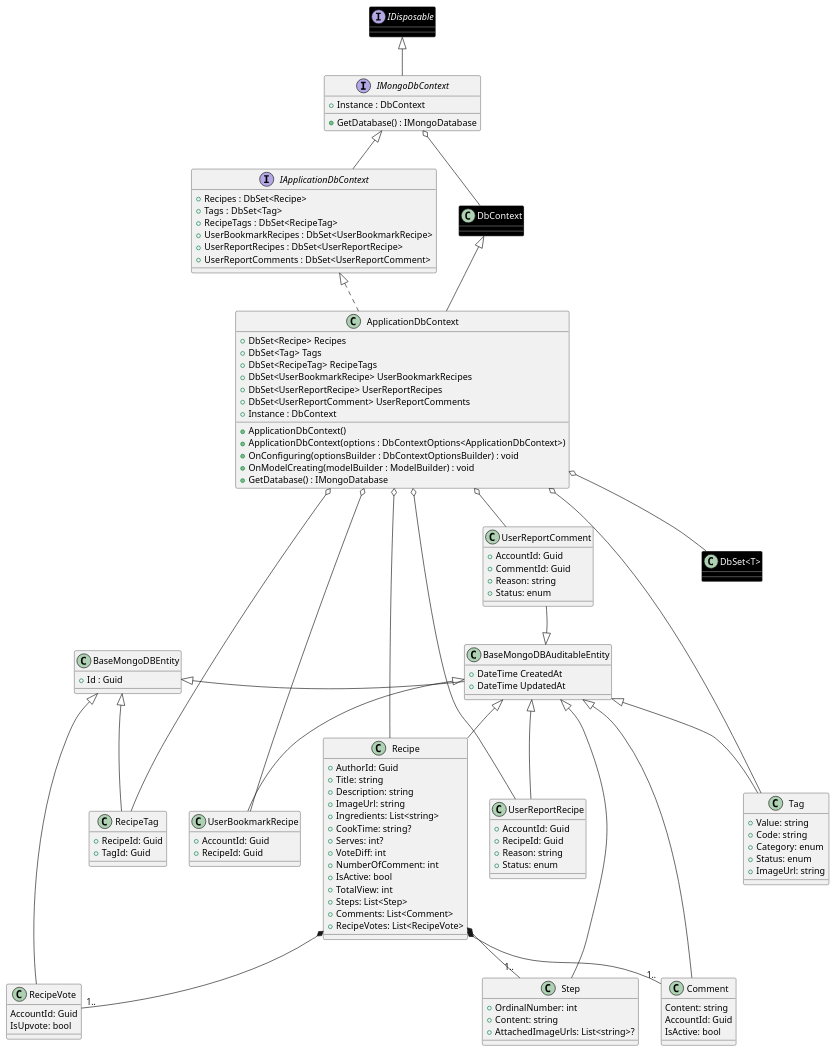
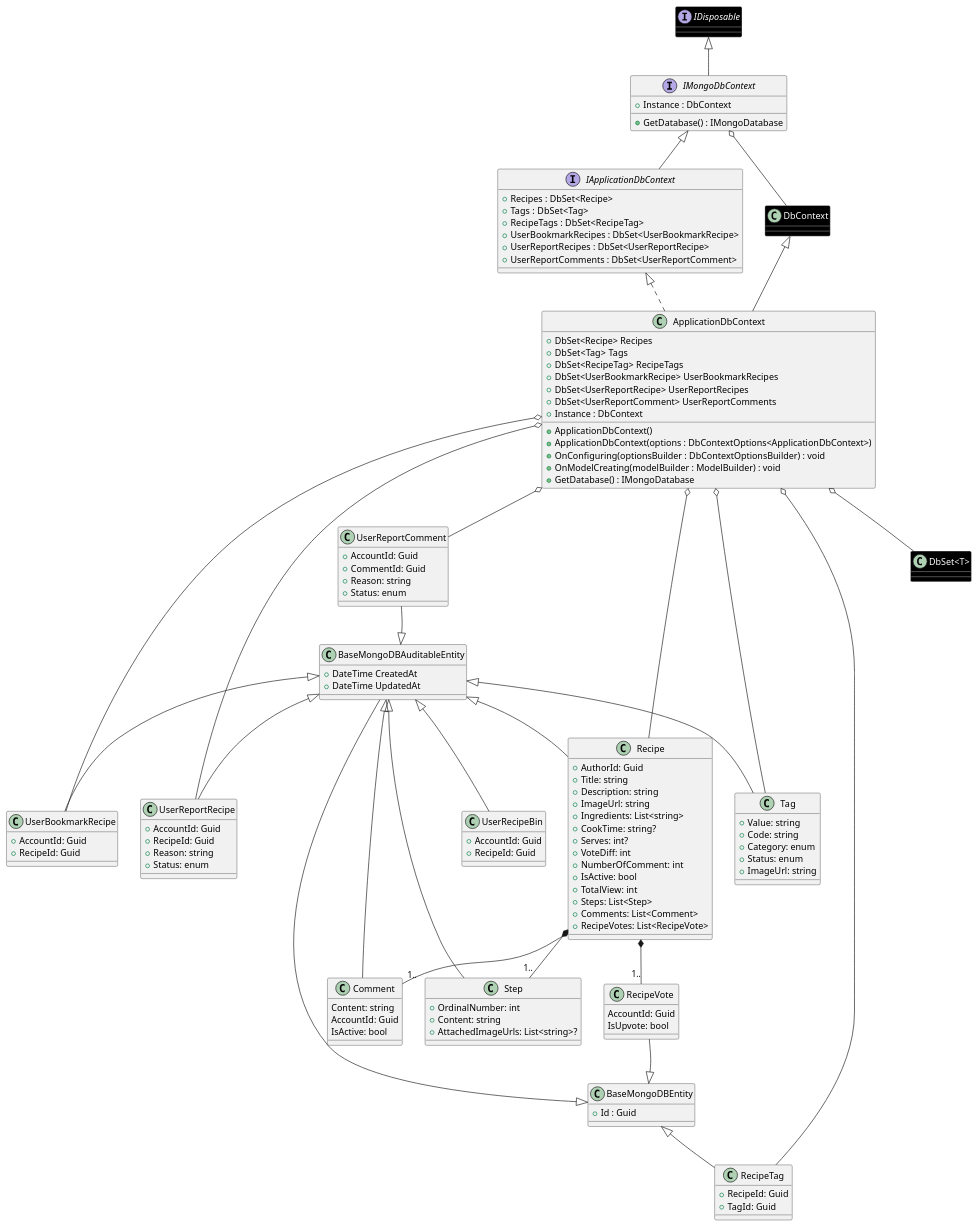
One commit to Carl-Johnsons/tastopia changed the diagram in doc/SDS/CommonClassDiagram/Recipe/RecipeDbContext.plantuml. Above: the diagram before and after it, drawn with PlantUML. The commit also changed 11 other files, not shown here.

Commit message:
doc: add some recipe class diagram

```diff
--- a/doc/SDS/CommonClassDiagram/Recipe/RecipeDbContext.plantuml
+++ b/doc/SDS/CommonClassDiagram/Recipe/RecipeDbContext.plantuml
@@ -1,151 +1,156 @@
 @startuml AccountDbContext
 
 interface IMongoDbContext extends IDisposable {
     +Instance : DbContext
     +GetDatabase() : IMongoDatabase
 }
 ' ========= Entity class =========
 class BaseMongoDBEntity {
     +Id : Guid
 }
 
 class BaseMongoDBAuditableEntity extends BaseMongoDBEntity {
     +DateTime CreatedAt
     +DateTime UpdatedAt
 }
 
 class Recipe extends BaseMongoDBAuditableEntity {
     +AuthorId: Guid
     +Title: string
     +Description: string
     +ImageUrl: string
     +Ingredients: List<string>
     +CookTime: string?
     +Serves: int?
     +VoteDiff: int
     +NumberOfComment: int
     +IsActive: bool
     +TotalView: int
     +Steps: List<Step>
     +Comments: List<Comment>
     +RecipeVotes: List<RecipeVote>
 }
 
 class Step extends BaseMongoDBAuditableEntity {
     +OrdinalNumber: int
     +Content: string
     +AttachedImageUrls: List<string>?
 }
 
 class Comment extends BaseMongoDBAuditableEntity {
     Content: string
     AccountId: Guid
     IsActive: bool
 }
 
 class RecipeVote extends BaseMongoDBEntity {
     AccountId: Guid
     IsUpvote: bool
 }
 
 class Tag extends BaseMongoDBAuditableEntity {
     +Value: string
     +Code: string
     +Category: enum
     +Status: enum
     +ImageUrl: string
 }
 
 class RecipeTag extends BaseMongoDBEntity {
     +RecipeId: Guid
     +TagId: Guid
 }
 
 class UserBookmarkRecipe extends BaseMongoDBAuditableEntity {
     +AccountId: Guid
     +RecipeId: Guid
 }
 
 class UserReportRecipe extends BaseMongoDBAuditableEntity {
     +AccountId: Guid
     +RecipeId: Guid
     +Reason: string
     +Status: enum
 }
 
 class UserReportComment extends BaseMongoDBAuditableEntity {
     +AccountId: Guid
     +CommentId: Guid
     +Reason: string
     +Status: enum
 }
+
+class UserRecipeBin extends BaseMongoDBAuditableEntity {
+    +AccountId: Guid
+    +RecipeId: Guid
+}
 interface IApplicationDbContext extends IMongoDbContext {
     + Recipes : DbSet<Recipe>
     + Tags : DbSet<Tag>
     + RecipeTags : DbSet<RecipeTag>
     + UserBookmarkRecipes : DbSet<UserBookmarkRecipe>
     + UserReportRecipes : DbSet<UserReportRecipe>
     + UserReportComments : DbSet<UserReportComment>
 }
 class ApplicationDbContext extends DbContext implements IApplicationDbContext {
     +DbSet<Recipe> Recipes
     +DbSet<Tag> Tags
     +DbSet<RecipeTag> RecipeTags
     +DbSet<UserBookmarkRecipe> UserBookmarkRecipes
     +DbSet<UserReportRecipe> UserReportRecipes
     +DbSet<UserReportComment> UserReportComments
     +Instance : DbContext
     +ApplicationDbContext()
     +ApplicationDbContext(options : DbContextOptions<ApplicationDbContext>)
     +OnConfiguring(optionsBuilder : DbContextOptionsBuilder) : void
     +OnModelCreating(modelBuilder : ModelBuilder) : void
     +GetDatabase() : IMongoDatabase
 }
 
 ' ========= Library class =========
 interface IDisposable #black;line:white;text:white
 class "DbSet<T>" #black;line:white;text:white
 class DbContext #black;line:white;text:white
 
 IMongoDbContext o-- DbContext
 
 ' IApplicationDbContext o-- "DbSet<T>"
 ' IApplicationDbContext o-- Recipe
 ' IApplicationDbContext o-- Tag
 ' IApplicationDbContext o-- RecipeTag
 ' IApplicationDbContext o-- UserBookmarkRecipe
 ' IApplicationDbContext o-- UserReportRecipe
 ' IApplicationDbContext o-- UserReportComment
 
 ApplicationDbContext o-- "DbSet<T>"
 ApplicationDbContext o-- Recipe
 ApplicationDbContext o-- Tag
 ApplicationDbContext o-- RecipeTag
 ApplicationDbContext o-- UserBookmarkRecipe
 ApplicationDbContext o-- UserReportRecipe
 ApplicationDbContext o-- UserReportComment
 
 ' =========== Style ==============
 
 ApplicationDbContext o-[hidden]down- "DbSet<T>"
 ApplicationDbContext o-[hidden]down- Recipe
 ApplicationDbContext o-[hidden]down- Tag
 ApplicationDbContext o-[hidden]down- RecipeTag
 ApplicationDbContext o-[hidden]down- UserBookmarkRecipe
 
 BaseMongoDBAuditableEntity -[hidden]right- BaseMongoDBEntity 
 BaseMongoDBAuditableEntity -[hidden]up- Recipe 
 BaseMongoDBAuditableEntity -[hidden]up- Step 
 BaseMongoDBAuditableEntity -[hidden]up- Comment 
 BaseMongoDBEntity -[hidden]up- RecipeVote 
 BaseMongoDBAuditableEntity -[hidden]up- Tag 
 BaseMongoDBEntity -[hidden]up- RecipeTag 
 BaseMongoDBAuditableEntity -[hidden]up- UserBookmarkRecipe 
 BaseMongoDBAuditableEntity -[hidden]up- UserReportRecipe
 BaseMongoDBAuditableEntity -[hidden]up- UserReportComment 
 
 Recipe *--"1.." Step
 Recipe *--"1.." Comment
 Recipe *--"1.." RecipeVote
 
 @enduml
```
